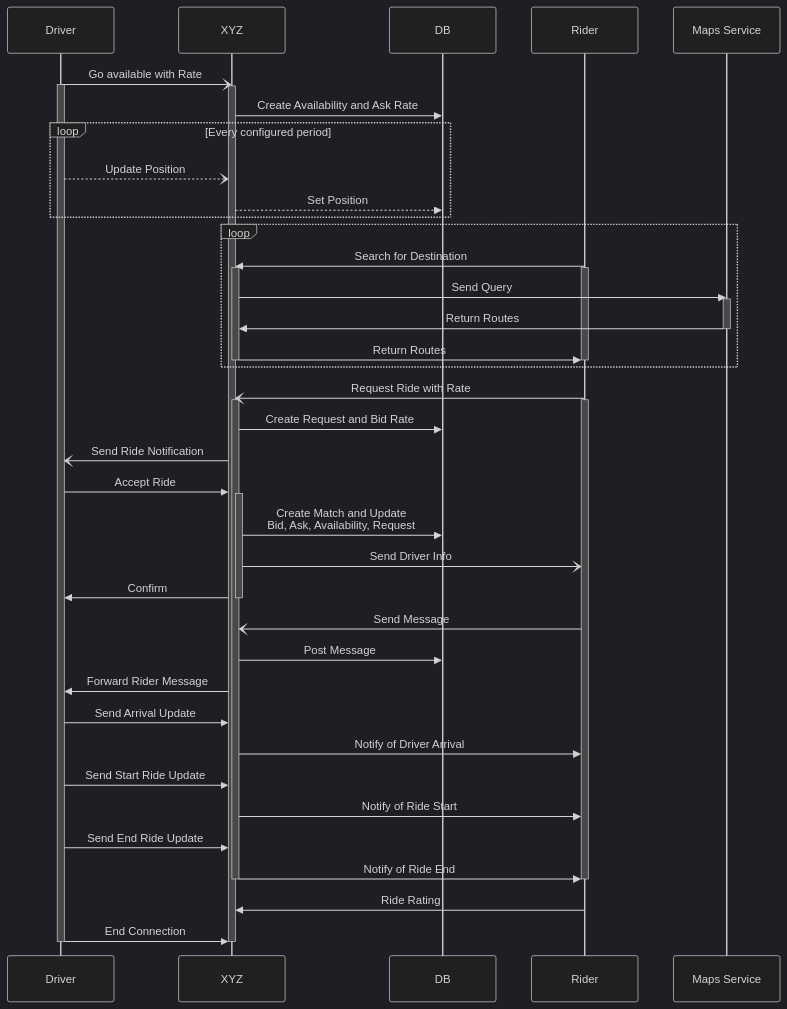
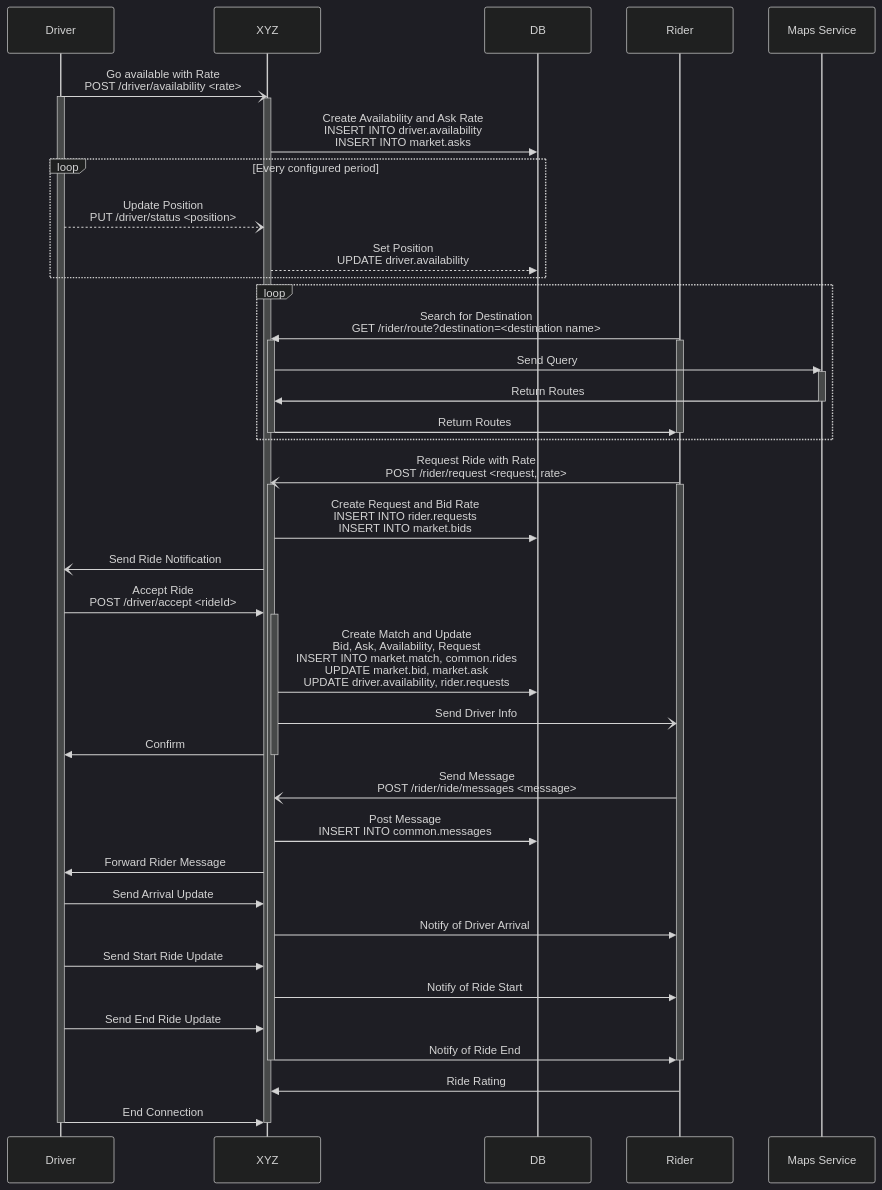
One commit to Pointyware/XYZ changed the diagram in api/ride-sequence.md. Above: the diagram before and after it, drawn with Mermaid (dark theme).

Commit message:
Add Http and SQL methods

````diff
--- a/api/ride-sequence.md
+++ b/api/ride-sequence.md
@@ -3,64 +4,63 @@
 ```mermaid
 
 sequenceDiagram
     participant Driver
     participant XYZ
     participant DB
     participant Rider
     participant Map as Maps Service
 
-    Driver-)XYZ: Go available with Rate
+    Driver-)XYZ: Go available with Rate <br>POST /driver/availability <rate>
     activate Driver
     activate XYZ
-    XYZ->>DB: Create Availability and Ask Rate
+    XYZ->>DB: Create Availability and Ask Rate <br>INSERT INTO driver.availability <br> INSERT INTO market.asks
     loop Every configured period
-        Driver--)XYZ: Update Position
-        XYZ-->>DB: Set Position
+        Driver--)XYZ: Update Position <br>PUT /driver/status <position>
+        XYZ-->>DB: Set Position <br>UPDATE driver.availability
     end
 
     loop
-        Rider->>XYZ: Search for Destination
+        Rider->>XYZ: Search for Destination <br>GET /rider/route?destination=<destination name>
         activate Rider
         activate XYZ
         XYZ->>Map: Send Query
         activate Map
         Map->>XYZ: Return Routes
         deactivate Map
         XYZ->>Rider: Return Routes
         deactivate Rider
         deactivate XYZ
     end
-    Rider-)XYZ: Request Ride with Rate
+    Rider-)XYZ: Request Ride with Rate <br>POST /rider/request <request, rate>
     activate Rider
     activate XYZ
-    XYZ->>DB: Create Request and Bid Rate
-
+    XYZ->>DB: Create Request and Bid Rate <br>INSERT INTO rider.requests <br> INSERT INTO market.bids
     
     XYZ-)Driver: Send Ride Notification
-    Driver->>XYZ: Accept Ride
+    Driver->>XYZ: Accept Ride <br> POST /driver/accept <rideId>
     activate XYZ
-    XYZ->>DB: Create Match and Update<br>Bid, Ask, Availability, Request
+    XYZ->>DB: Create Match and Update<br>Bid, Ask, Availability, Request <br>INSERT INTO market.match, common.rides <br>UPDATE market.bid, market.ask <br>UPDATE driver.availability, rider.requests
     XYZ-)Rider: Send Driver Info
     XYZ->>Driver: Confirm
     deactivate XYZ
 
-    Rider-)XYZ: Send Message
-    XYZ->>DB: Post Message
+    Rider-)XYZ: Send Message <br> POST /rider/ride/messages <message>
+    XYZ->>DB: Post Message <br>INSERT INTO common.messages
     XYZ->>Driver: Forward Rider Message
 
     Driver->>XYZ: Send Arrival Update
     XYZ->>Rider: Notify of Driver Arrival
     Driver->>XYZ: Send Start Ride Update
     XYZ->>Rider: Notify of Ride Start
     Driver->>XYZ: Send End Ride Update
     XYZ->>Rider: Notify of Ride End
     deactivate Rider
     deactivate XYZ
 
     Rider->>XYZ: Ride Rating
 
     Driver->>XYZ: End Connection
     deactivate Driver
     deactivate XYZ
 
 ```
````
